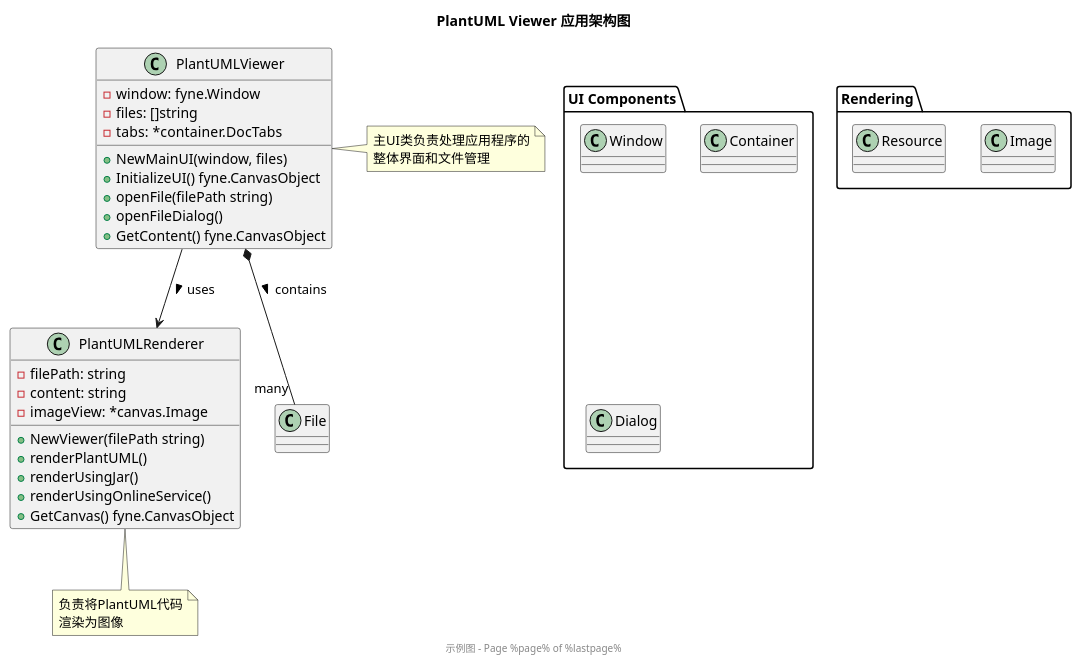
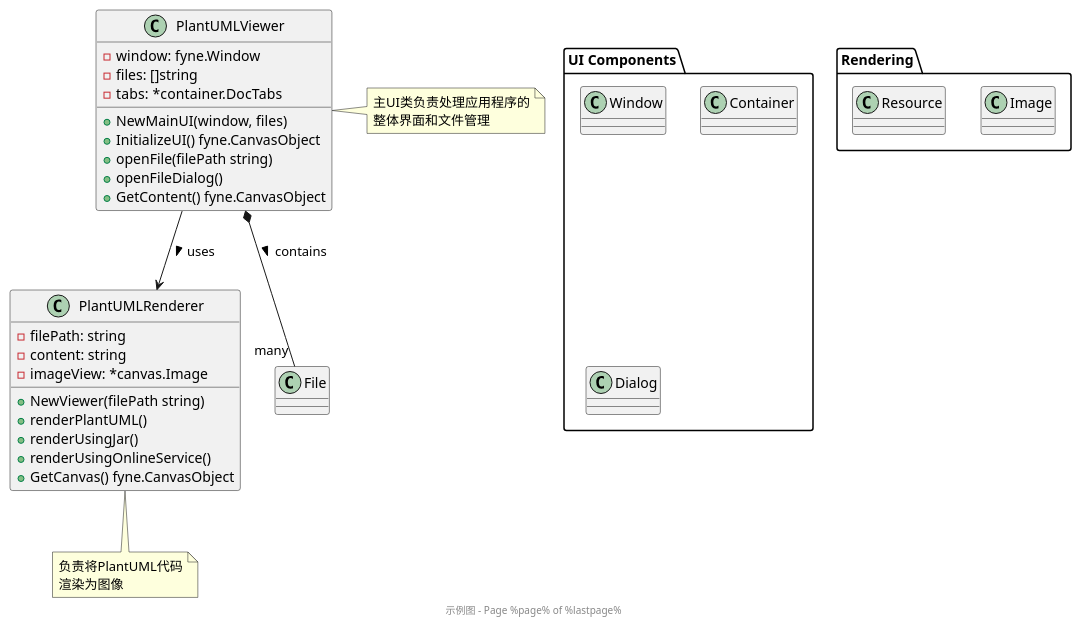
One commit to huangyingw/plantumlmacviewer_go changed the diagram in example.puml. Above: the diagram before and after it, drawn with PlantUML.

```diff
--- a/example.puml
+++ b/example.puml
@@ -1,58 +1,57 @@
 @startuml
 ' 这是一个示例PlantUML类图
 
 ' 类定义
 class PlantUMLViewer {
   - window: fyne.Window
   - files: []string
   - tabs: *container.DocTabs
   + NewMainUI(window, files)
   + InitializeUI() fyne.CanvasObject
   + openFile(filePath string)
   + openFileDialog()
   + GetContent() fyne.CanvasObject
 }
 
 class PlantUMLRenderer {
   - filePath: string
   - content: string
   - imageView: *canvas.Image
   + NewViewer(filePath string)
   + renderPlantUML()
   + renderUsingJar()
   + renderUsingOnlineService()
   + GetCanvas() fyne.CanvasObject
 }
 
 ' 关系定义
 PlantUMLViewer --> PlantUMLRenderer : uses >
 PlantUMLViewer *-- "many" File : contains >
 
 ' 其他元素
 package "UI Components" {
   class Window
   class Container
   class Dialog
 }
 
 package "Rendering" {
   class Image
   class Resource
 }
 
 ' 注释和标题
 note bottom of PlantUMLRenderer
   负责将PlantUML代码
   渲染为图像
 end note
 
 note right of PlantUMLViewer
   主UI类负责处理应用程序的
   整体界面和文件管理
 end note
 
 ' 布局调整
-title PlantUML Viewer 应用架构图
 footer 示例图 - Page %page% of %lastpage%
 
 @enduml 
```
